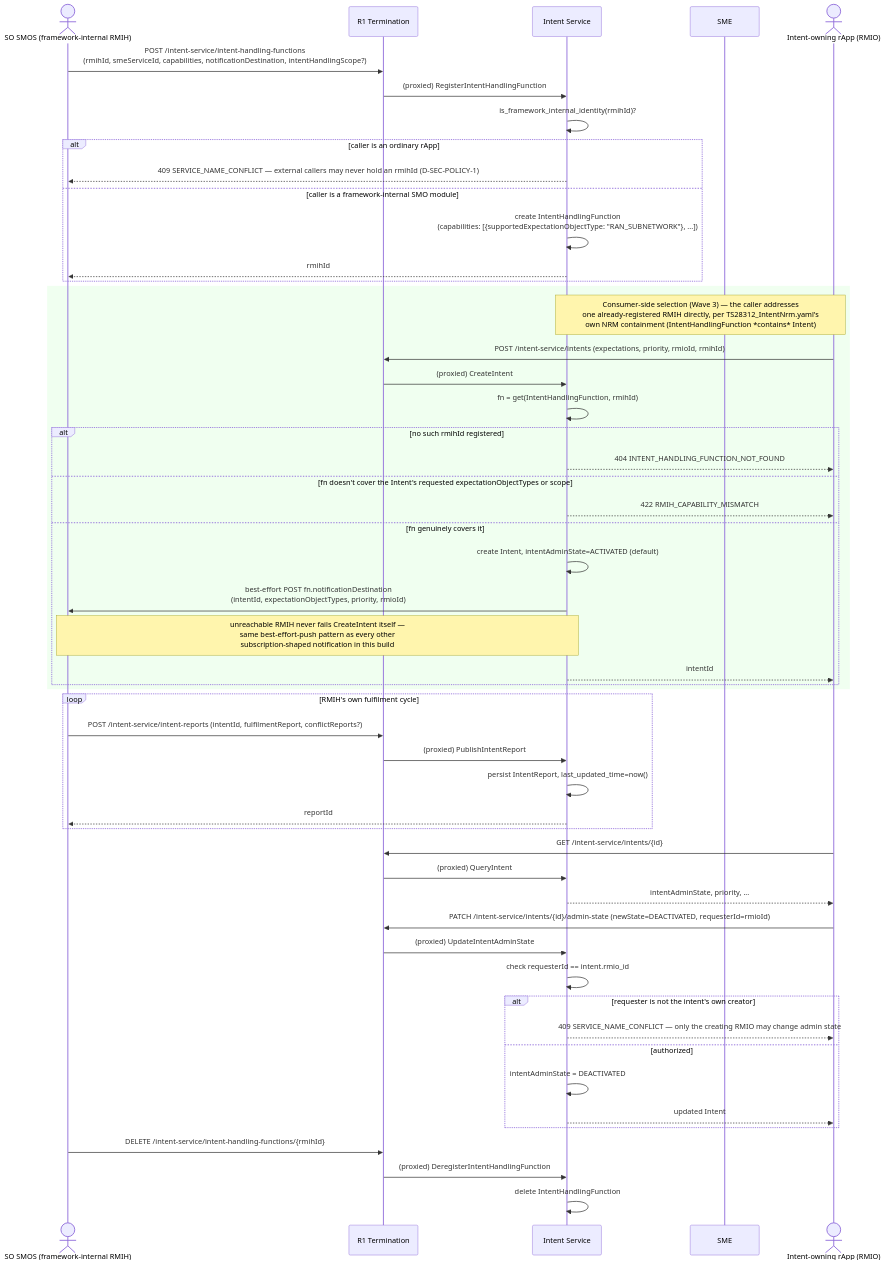
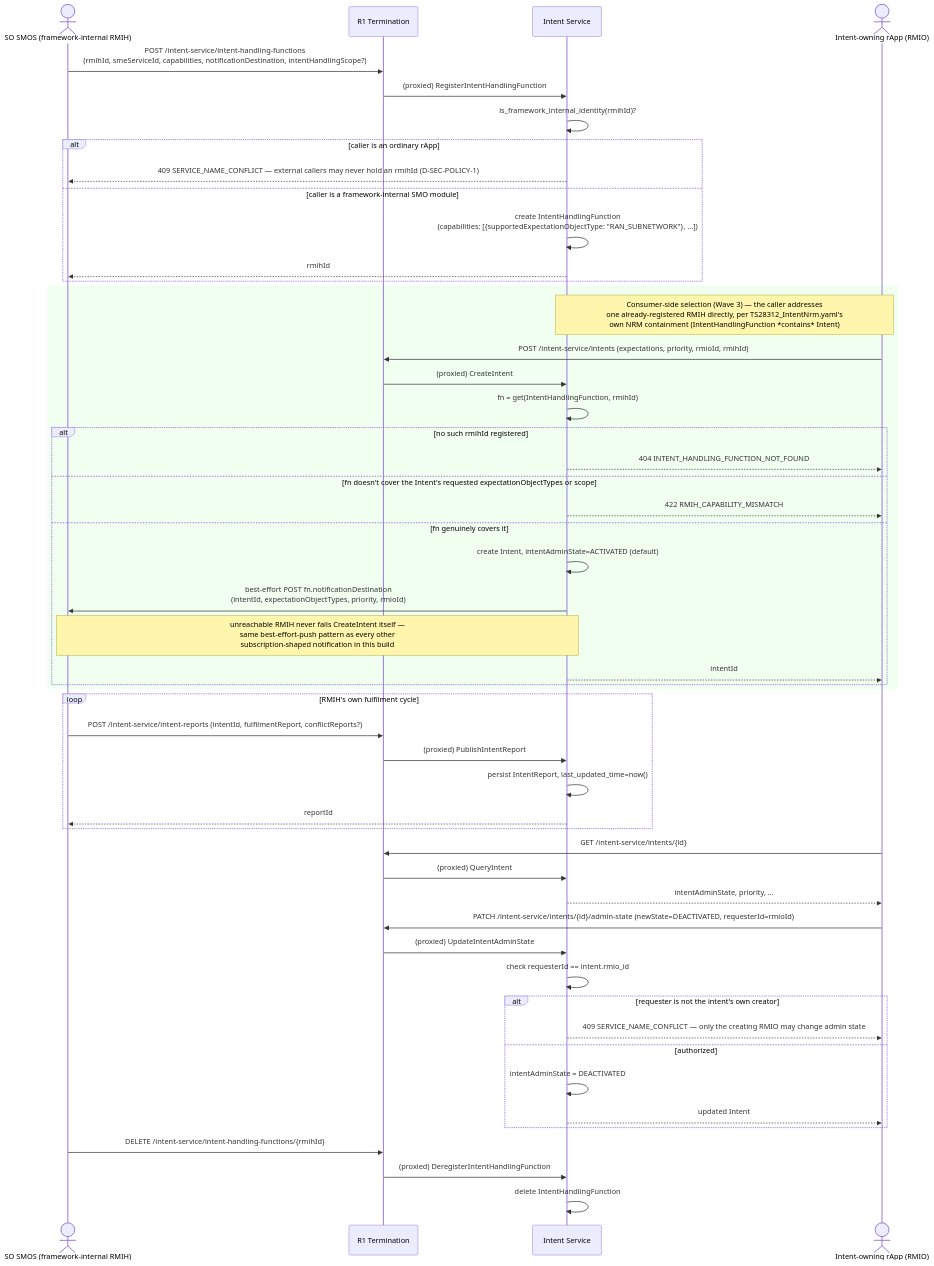
Before and after one commit to rsys-bshankar/ai-ran-ref: the diagram in smo/docs/call-flows/09-intent-service-intent-flow.md, drawn with Mermaid. The commit also changed other lines of this file and 11 other files, not shown here.

First line of the commit message:
Ground 10 call flows against the user's architectural review, write up 7 AI/ML-pipeline gaps in OPEN_ITEMS.md

````diff
--- a/smo/docs/call-flows/09-intent-service-intent-flow.md
+++ b/smo/docs/call-flows/09-intent-service-intent-flow.md
@@ -18,60 +31,59 @@
 ```mermaid
 sequenceDiagram
     actor SO as SO SMOS (framework-internal RMIH)
     participant R1 as R1 Termination
     participant Policy as Intent Service
-    participant SME as SME
     actor RMIO as Intent-owning rApp (RMIO)
 
     SO->>R1: POST /intent-service/intent-handling-functions<br/>(rmihId, smeServiceId, capabilities, notificationDestination, intentHandlingScope?)
     R1->>Policy: (proxied) RegisterIntentHandlingFunction
     Policy->>Policy: is_framework_internal_identity(rmihId)?
     alt caller is an ordinary rApp
         Policy-->>SO: 409 SERVICE_NAME_CONFLICT — external callers may never hold an rmihId (D-SEC-POLICY-1)
     else caller is a framework-internal SMO module
         Policy->>Policy: create IntentHandlingFunction<br/>(capabilities: [{supportedExpectationObjectType: "RAN_SUBNETWORK"}, ...])
         Policy-->>SO: rmihId
     end
 
     rect rgb(240, 255, 240)
     Note over RMIO,Policy: Consumer-side selection (Wave 3) — the caller addresses<br/>one already-registered RMIH directly, per TS28312_IntentNrm.yaml's<br/>own NRM containment (IntentHandlingFunction *contains* Intent)
     RMIO->>R1: POST /intent-service/intents (expectations, priority, rmioId, rmihId)
     R1->>Policy: (proxied) CreateIntent
     Policy->>Policy: fn = get(IntentHandlingFunction, rmihId)
     alt no such rmihId registered
         Policy-->>RMIO: 404 INTENT_HANDLING_FUNCTION_NOT_FOUND
     else fn doesn't cover the Intent's requested expectationObjectTypes or scope
         Policy-->>RMIO: 422 RMIH_CAPABILITY_MISMATCH
     else fn genuinely covers it
         Policy->>Policy: create Intent, intentAdminState=ACTIVATED (default)
         Policy->>SO: best-effort POST fn.notificationDestination<br/>(intentId, expectationObjectTypes, priority, rmioId)
         Note over Policy,SO: unreachable RMIH never fails CreateIntent itself —<br/>same best-effort-push pattern as every other<br/>subscription-shaped notification in this build
         Policy-->>RMIO: intentId
     end
     end
 
     loop RMIH's own fulfilment cycle
         SO->>R1: POST /intent-service/intent-reports (intentId, fulfilmentReport, conflictReports?)
         R1->>Policy: (proxied) PublishIntentReport
         Policy->>Policy: persist IntentReport, last_updated_time=now()
         Policy-->>SO: reportId
     end
 
     RMIO->>R1: GET /intent-service/intents/{id}
     R1->>Policy: (proxied) QueryIntent
     Policy-->>RMIO: intentAdminState, priority, ...
 
     RMIO->>R1: PATCH /intent-service/intents/{id}/admin-state (newState=DEACTIVATED, requesterId=rmioId)
     R1->>Policy: (proxied) UpdateIntentAdminState
     Policy->>Policy: check requesterId == intent.rmio_id
     alt requester is not the intent's own creator
         Policy-->>RMIO: 409 SERVICE_NAME_CONFLICT — only the creating RMIO may change admin state
     else authorized
         Policy->>Policy: intentAdminState = DEACTIVATED
         Policy-->>RMIO: updated Intent
     end
 
     SO->>R1: DELETE /intent-service/intent-handling-functions/{rmihId}
     R1->>Policy: (proxied) DeregisterIntentHandlingFunction
     Policy->>Policy: delete IntentHandlingFunction
 ```
````
